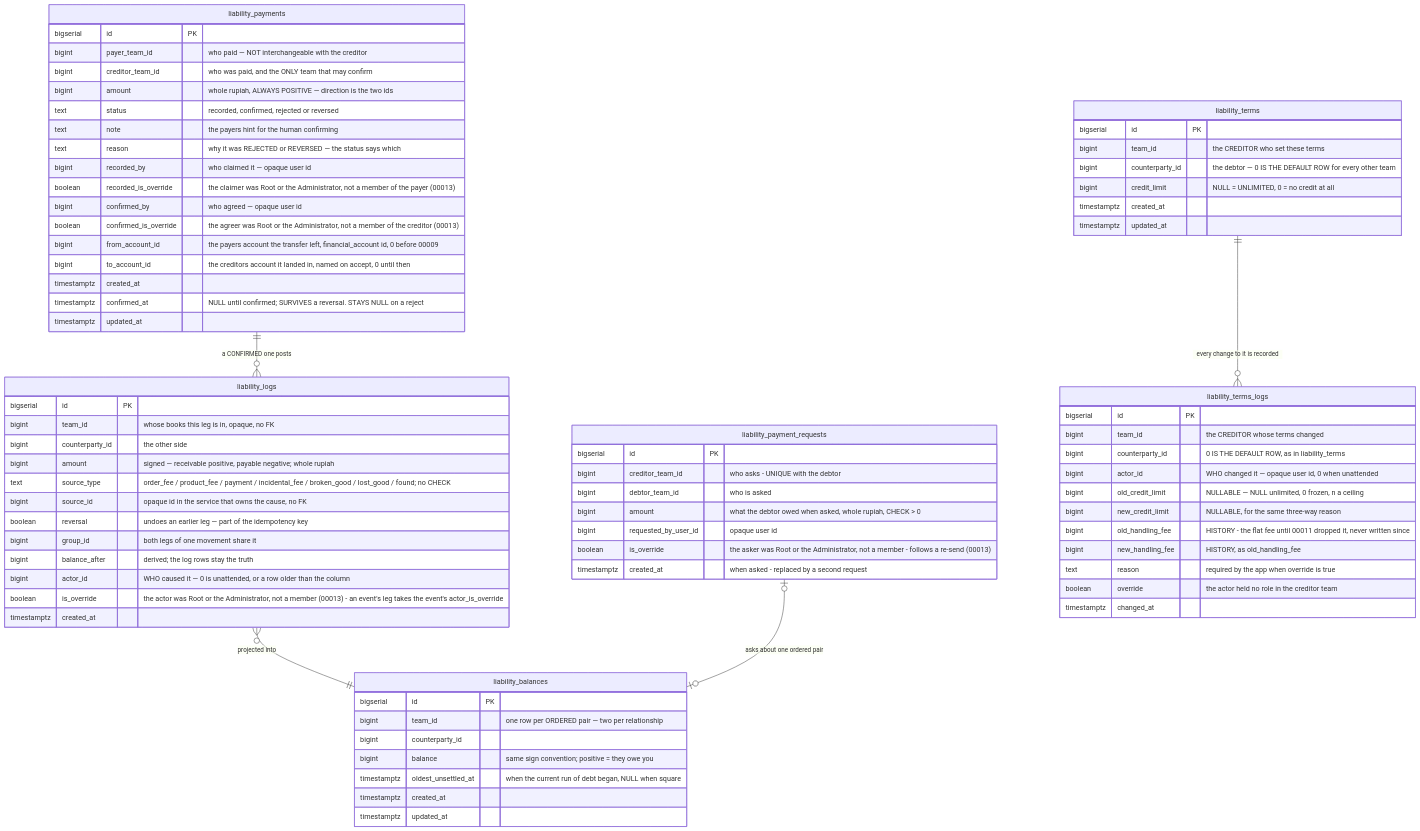
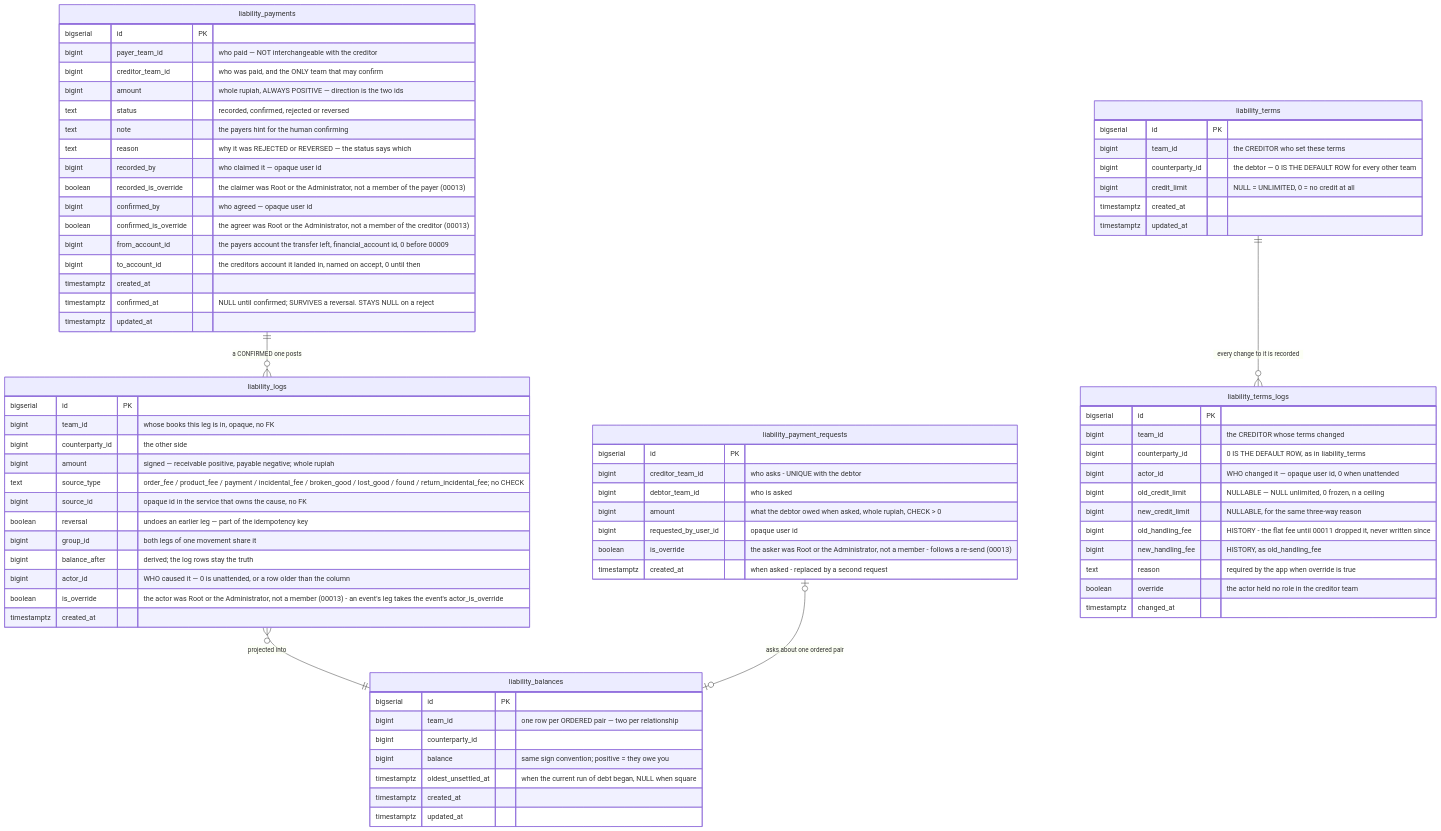
Diagram 15 of 21 in docs/database-schema.md (pdcgo/warehouse_revamp), drawn with Mermaid before and after one commit. The commit also changed other lines of this file and 159 other files, not shown here.

```diff
--- a/docs/database-schema.md
+++ b/docs/database-schema.md
@@ -1512,7 +1647,7 @@
         bigint      team_id         "whose books this leg is in, opaque, no FK"
         bigint      counterparty_id "the other side"
         bigint      amount          "signed — receivable positive, payable negative; whole rupiah"
-        text        source_type     "order_fee / product_fee / payment / incidental_fee / broken_good / lost_good / found; no CHECK"
+        text        source_type     "order_fee / product_fee / payment / incidental_fee / broken_good / lost_good / found / return_incidental_fee; no CHECK"
         bigint      source_id       "opaque id in the service that owns the cause, no FK"
         boolean     reversal        "undoes an earlier leg — part of the idempotency key"
         bigint      group_id        "both legs of one movement share it"
```
